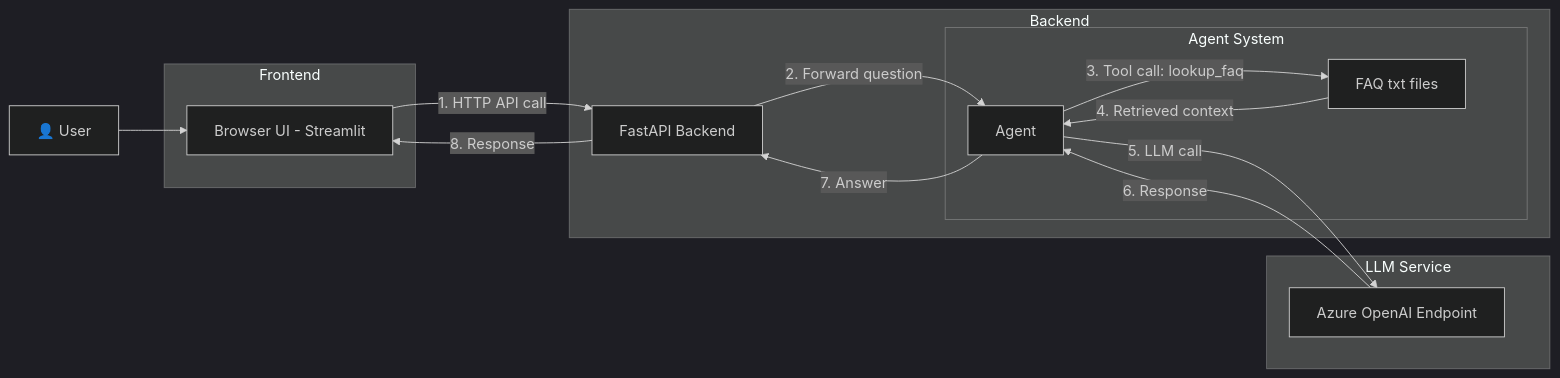
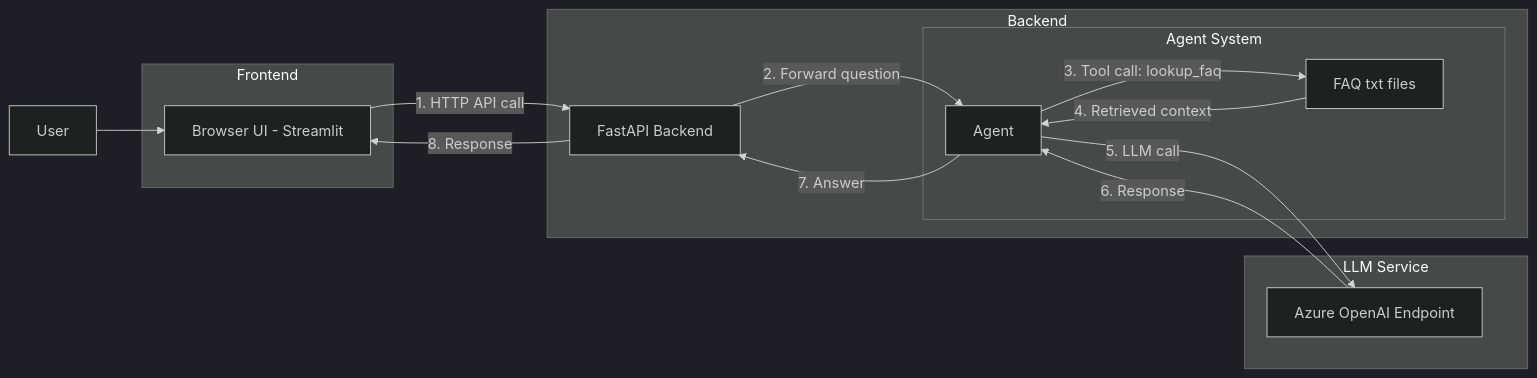
The third of 3 diagrams in blogs/blog-01-from-llms-to-agents/blog.md (kunalbalooni/ai-agent-foundation-series), drawn with Mermaid (dark theme) before and after one commit. The commit also changed other lines of this file and 3 other files, not shown here.

````diff
--- a/blogs/blog-01-from-llms-to-agents/blog.md
+++ b/blogs/blog-01-from-llms-to-agents/blog.md
@@ -227,29 +254,29 @@
 ```mermaid
 flowchart LR
-  User[👤 User] --> FE_UI
+  User[User] --> FE_UI
 
   subgraph Frontend
     FE_UI[Browser UI - Streamlit]
   end
 
   subgraph Backend
     API[FastAPI Backend]
     subgraph Agent_System[Agent System]
       Agent[Agent]
       Files[FAQ txt files]
     end
   end
 
   subgraph LLM_Service[LLM Service]
     LLM[Azure OpenAI Endpoint]
   end
 
   FE_UI -->|1. HTTP API call| API
   API -->|2. Forward question| Agent
   Agent -->|3. Tool call: lookup_faq| Files
   Files -->|4. Retrieved context| Agent
   Agent -->|5. LLM call| LLM
   LLM -->|6. Response| Agent
   Agent -->|7. Answer| API
   API -->|8. Response| FE_UI
 ```
````
